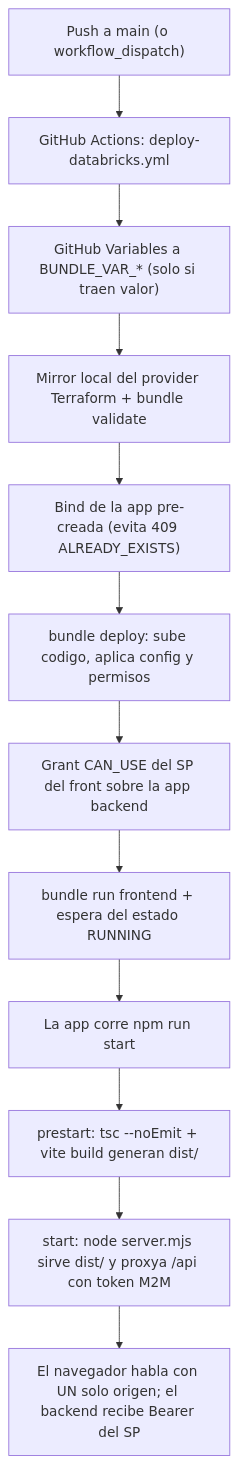
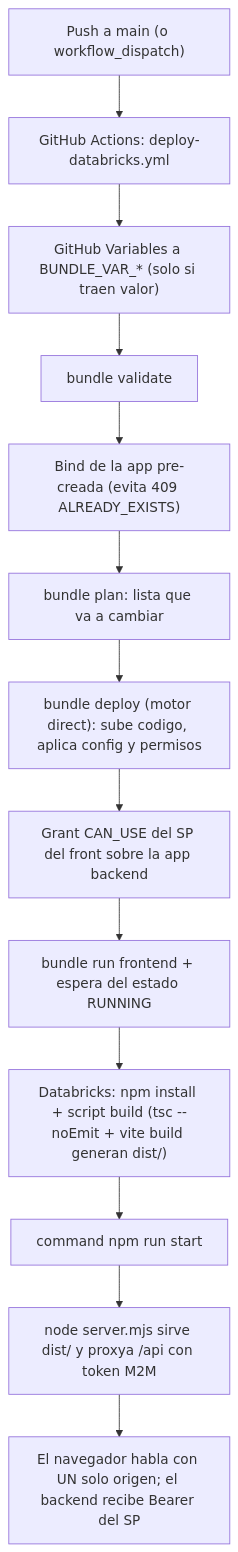
The third of 3 diagrams in doc/deployment.md (Carlosmps97/web-data-model-hub), drawn with Mermaid before and after one commit. The commit also changed other lines of this file and 10 other files, not shown here.

````diff
--- a/doc/deployment.md
+++ b/doc/deployment.md
@@ -371,14 +376,15 @@
 ```mermaid
 flowchart TD
     A["Push a main (o workflow_dispatch)"] --> B["GitHub Actions: deploy-databricks.yml"]
     B --> C["GitHub Variables a BUNDLE_VAR_* (solo si traen valor)"]
-    C --> D["Mirror local del provider Terraform + bundle validate"]
+    C --> D["bundle validate"]
     D --> E["Bind de la app pre-creada (evita 409 ALREADY_EXISTS)"]
-    E --> F["bundle deploy: sube codigo, aplica config y permisos"]
+    E --> P["bundle plan: lista que va a cambiar"]
+    P --> F["bundle deploy (motor direct): sube codigo, aplica config y permisos"]
     F --> G["Grant CAN_USE del SP del front sobre la app backend"]
     G --> H["bundle run frontend + espera del estado RUNNING"]
-    H --> I["La app corre npm run start"]
-    I --> J["prestart: tsc --noEmit + vite build generan dist/"]
-    J --> K["start: node server.mjs sirve dist/ y proxya /api con token M2M"]
+    H --> I["Databricks: npm install + script build (tsc --noEmit + vite build generan dist/)"]
+    I --> J["command npm run start"]
+    J --> K["node server.mjs sirve dist/ y proxya /api con token M2M"]
     K --> L["El navegador habla con UN solo origen; el backend recibe Bearer del SP"]
 ```
````
